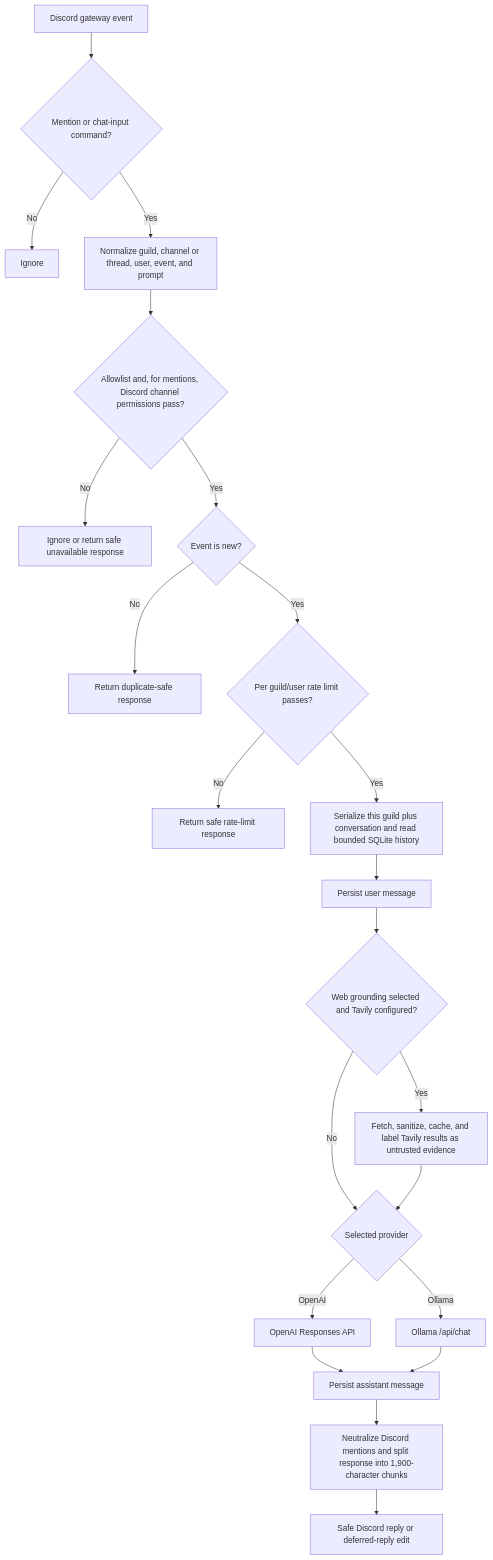
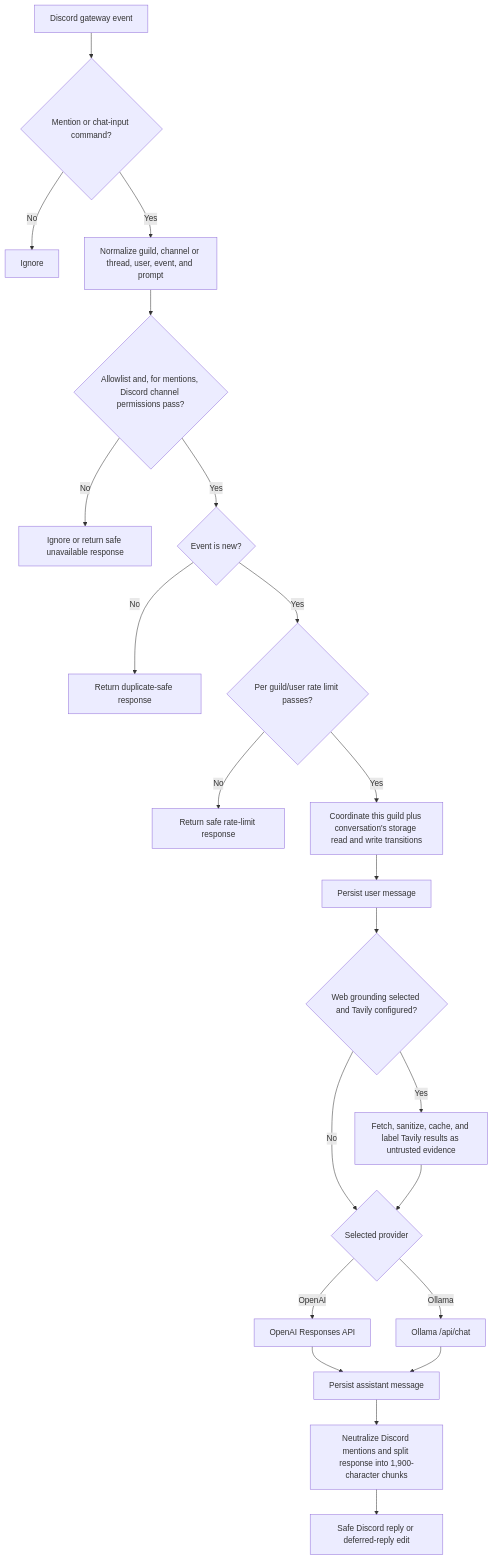
Before and after one commit to tjhiggy/Jarvis: the diagram in docs/ARCHITECTURE.md, drawn with Mermaid. The commit also changed other lines of this file, not shown here.

Commit message:
docs: correct architecture boundaries

````diff
--- a/docs/ARCHITECTURE.md
+++ b/docs/ARCHITECTURE.md
@@ -21,24 +22,24 @@
 ```mermaid
 flowchart TD
     A["Discord gateway event"] --> B{"Mention or chat-input command?"}
     B -->|"No"| X["Ignore"]
     B -->|"Yes"| C["Normalize guild, channel or thread, user, event, and prompt"]
     C --> D{"Allowlist and, for mentions, Discord channel permissions pass?"}
     D -->|"No"| Y["Ignore or return safe unavailable response"]
     D -->|"Yes"| E{"Event is new?"}
     E -->|"No"| Z["Return duplicate-safe response"]
     E -->|"Yes"| F{"Per guild/user rate limit passes?"}
     F -->|"No"| R["Return safe rate-limit response"]
-    F -->|"Yes"| G["Serialize this guild plus conversation and read bounded SQLite history"]
+    F -->|"Yes"| G["Coordinate this guild plus conversation's storage read and write transitions"]
     G --> H["Persist user message"]
     H --> I{"Web grounding selected and Tavily configured?"}
     I -->|"Yes"| J["Fetch, sanitize, cache, and label Tavily results as untrusted evidence"]
     I -->|"No"| K{"Selected provider"}
     J --> K
     K -->|"OpenAI"| L["OpenAI Responses API"]
     K -->|"Ollama"| M["Ollama /api/chat"]
     L --> N["Persist assistant message"]
     M --> N
     N --> O["Neutralize Discord mentions and split response into 1,900-character chunks"]
     O --> P["Safe Discord reply or deferred-reply edit"]
 ```
````
